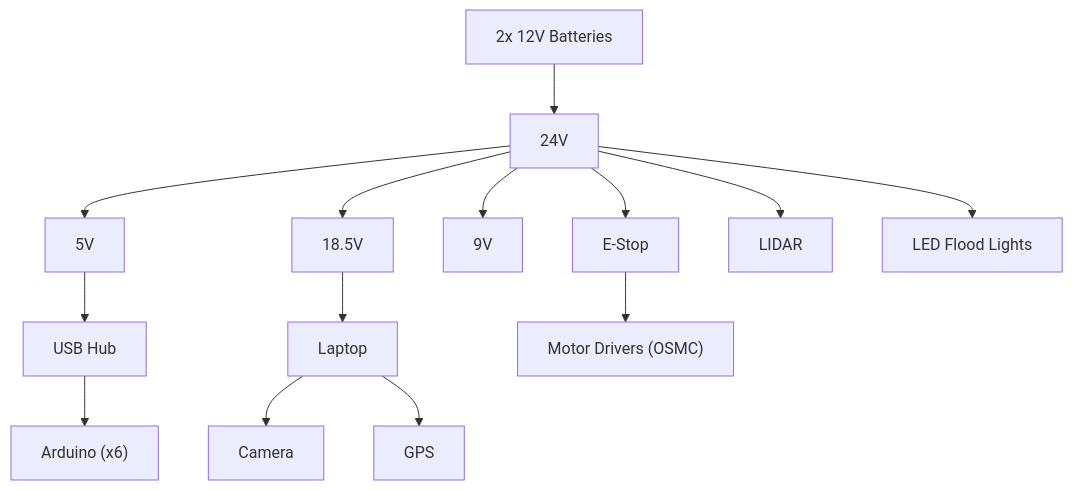
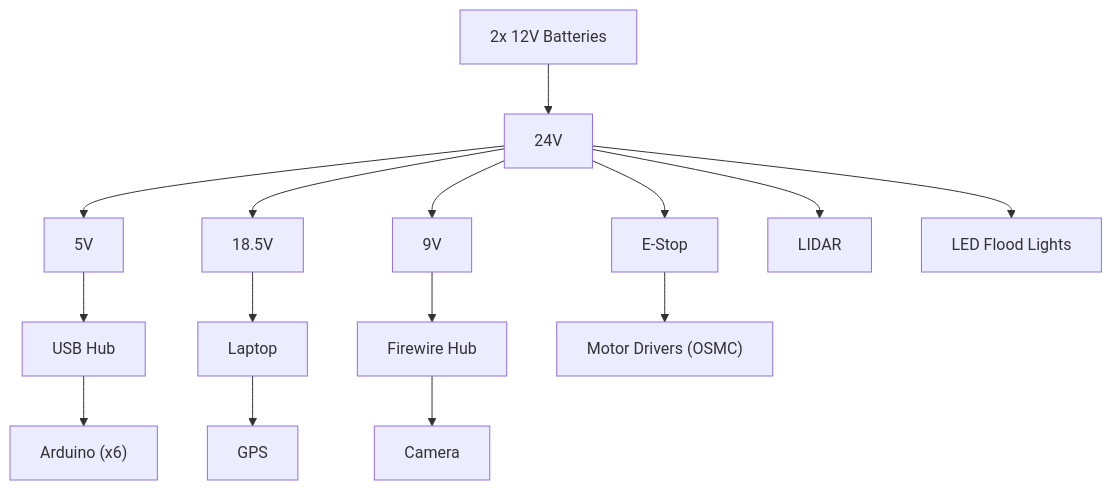
One commit to robot-stefan/igvc-robot changed the diagram in README.md. Above: the diagram before and after it, drawn with Mermaid. The commit also changed other lines of this file, not shown here.

Commit message:
Update README.md
updated power system diagram

````diff
--- a/README.md
+++ b/README.md
@@ -23,16 +23,17 @@
 ```mermaid
 graph TD;
     A[2x 12V Batteries]-->B[24V];
     B-->C[5V];
     B-->D[18.5V];
-    B-->E[9V];
+    B-->E[9V]
+    E-->Q["Firewire Hub"]
     D-->F[Laptop]
-    C-->N["USB Hub"]
+    C-->N["USB Hub"];
     N-->G["Arduino (x6)"]
     B-->O[E-Stop]
     O-->H["Motor Drivers (OSMC)"]
     B-->I[LIDAR]
-    F-->L[Camera]
+    Q-->L[Camera]
     F-->M[GPS]
     B-->P["LED Flood Lights"]
 ```
````
